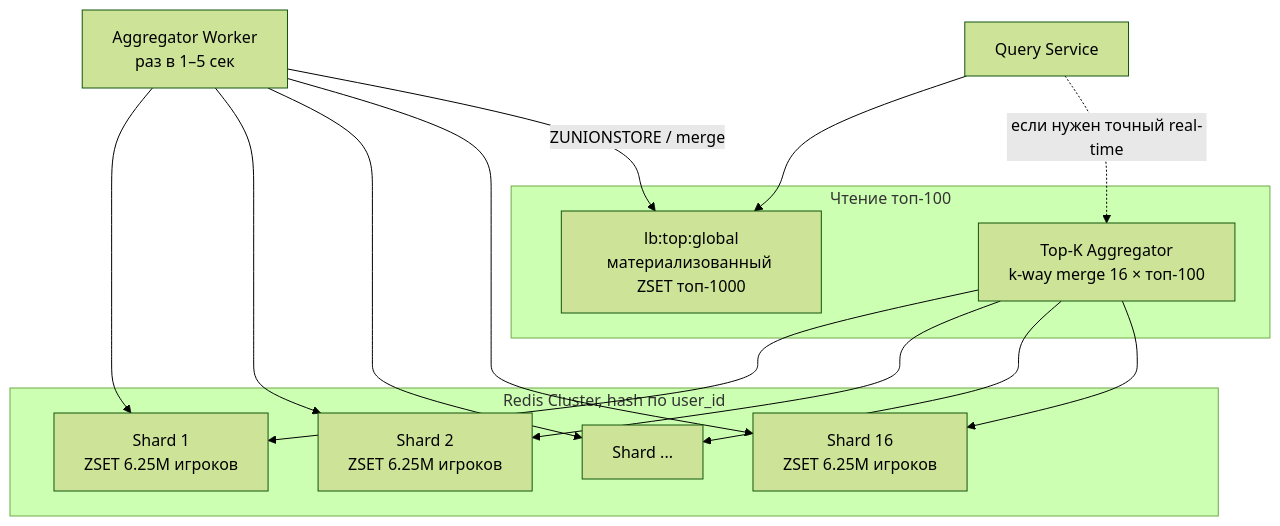
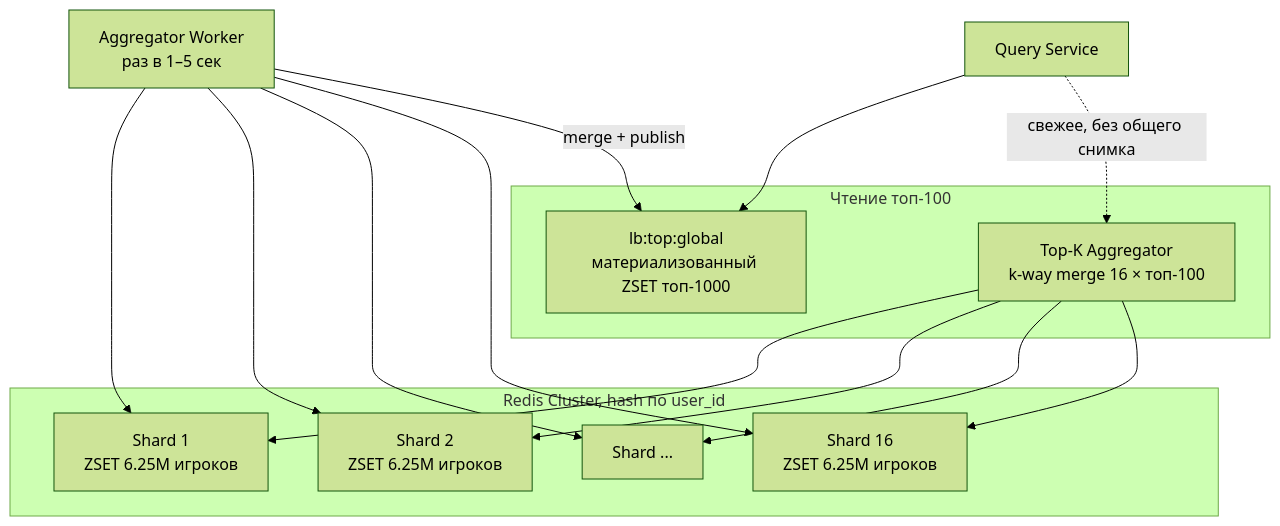
The fourth of 5 diagrams in 02-case-studies/leaderboard.md (AlohaJava/system-design-interview-chamkin), drawn with Mermaid (forest theme) before and after one commit. The commit also changed other lines of this file and 49 other files, not shown here.

````diff
--- a/02-case-studies/leaderboard.md
+++ b/02-case-studies/leaderboard.md
@@ -262,26 +237,26 @@
 ```mermaid
 flowchart TB
     subgraph Shards["Redis Cluster, hash по user_id"]
         S1["Shard 1<br/>ZSET 6.25M игроков"]
         S2["Shard 2<br/>ZSET 6.25M игроков"]
         S3["Shard ..."]
         S16["Shard 16<br/>ZSET 6.25M игроков"]
     end
 
     subgraph Query["Чтение топ-100"]
         QA["Top-K Aggregator<br/>k-way merge 16 × топ-100"]
         GT["lb:top:global<br/>материализованный ZSET топ-1000"]
     end
 
     W["Aggregator Worker<br/>раз в 1–5 сек"] --> S1
     W --> S2
     W --> S3
     W --> S16
-    W -- "ZUNIONSTORE / merge" --> GT
+    W -- "merge + publish" --> GT
     QA --> S1
     QA --> S2
     QA --> S3
     QA --> S16
     Client["Query Service"] --> GT
-    Client -. "если нужен точный real-time" .-> QA
+    Client -. "свежее, без общего снимка" .-> QA
 ```
````
